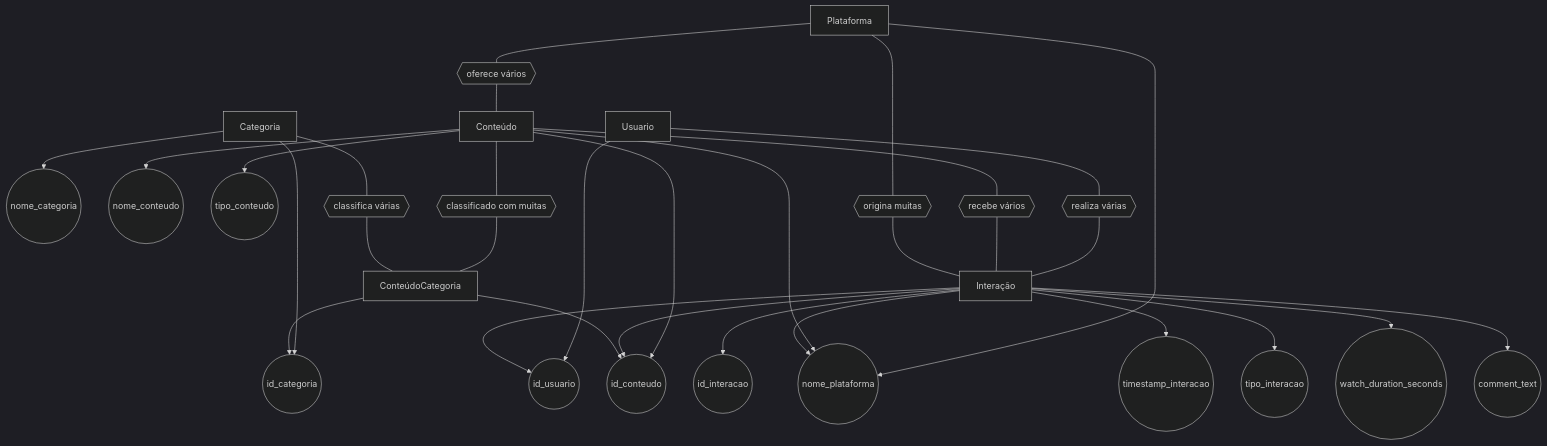
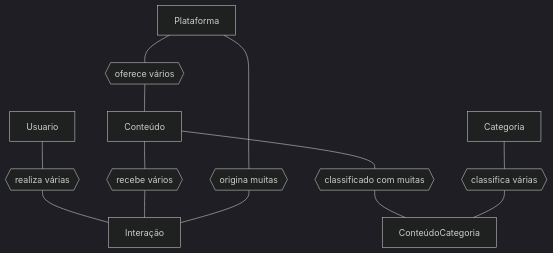
Before and after one commit to JohnVictorCouto/Globotech: the first of 2 diagrams in README.md, drawn with Mermaid (dark theme).

````diff
--- a/README.md
+++ b/README.md
@@ -110,73 +110,39 @@
 ```mermaid
 graph TD
 
   %% ENTIDADES (Retângulos)
   Usuario[Usuario]
   Plataforma[Plataforma]
   Categoria[Categoria]
   Conteudo[Conteúdo]
   Interacao[Interação]
   ConteudoCategoria[ConteúdoCategoria]
 
-  %% ATRIBUTOS (Círculos)
-  id_usuario((id_usuario))
-  nome_plataforma((nome_plataforma))
-  id_categoria((id_categoria))
-  nome_categoria((nome_categoria))
-  id_conteudo((id_conteudo))
-  nome_conteudo((nome_conteudo))
-  tipo_conteudo((tipo_conteudo))
-  id_interacao((id_interacao))
-  timestamp_interacao((timestamp_interacao))
-  tipo_interacao((tipo_interacao))
-  watch_duration_seconds((watch_duration_seconds))
-  comment_text((comment_text))
-
   %% RELACIONAMENTOS (Losangos simulados)
   R1{{realiza várias}}
   R2{{recebe vários}}
   R3{{oferece vários}}
   R4{{origina muitas}}
   R5{{classificado com muitas}}
   R6{{classifica várias}}
-
-  %% LIGAÇÕES: Entidade → Atributo
-  Usuario --> id_usuario
-  Plataforma --> nome_plataforma
-  Categoria --> id_categoria
-  Categoria --> nome_categoria
-  Conteudo --> id_conteudo
-  Conteudo --> nome_conteudo
-  Conteudo --> tipo_conteudo
-  Conteudo --> nome_plataforma
-  Interacao --> id_interacao
-  Interacao --> id_conteudo
-  Interacao --> id_usuario
-  Interacao --> nome_plataforma
-  Interacao --> timestamp_interacao
-  Interacao --> tipo_interacao
-  Interacao --> watch_duration_seconds
-  Interacao --> comment_text
-  ConteudoCategoria --> id_conteudo
-  ConteudoCategoria --> id_categoria
 
   %% LIGAÇÕES: Entidades ↔ Relacionamentos (com losangos)
   Usuario --- R1
   R1 --- Interacao
 
   Conteudo --- R2
   R2 --- Interacao
 
   Plataforma --- R3
   R3 --- Conteudo
 
   Plataforma --- R4
   R4 --- Interacao
 
   Conteudo --- R5
   R5 --- ConteudoCategoria
 
   Categoria --- R6
   R6 --- ConteudoCategoria
 
 ```
````
